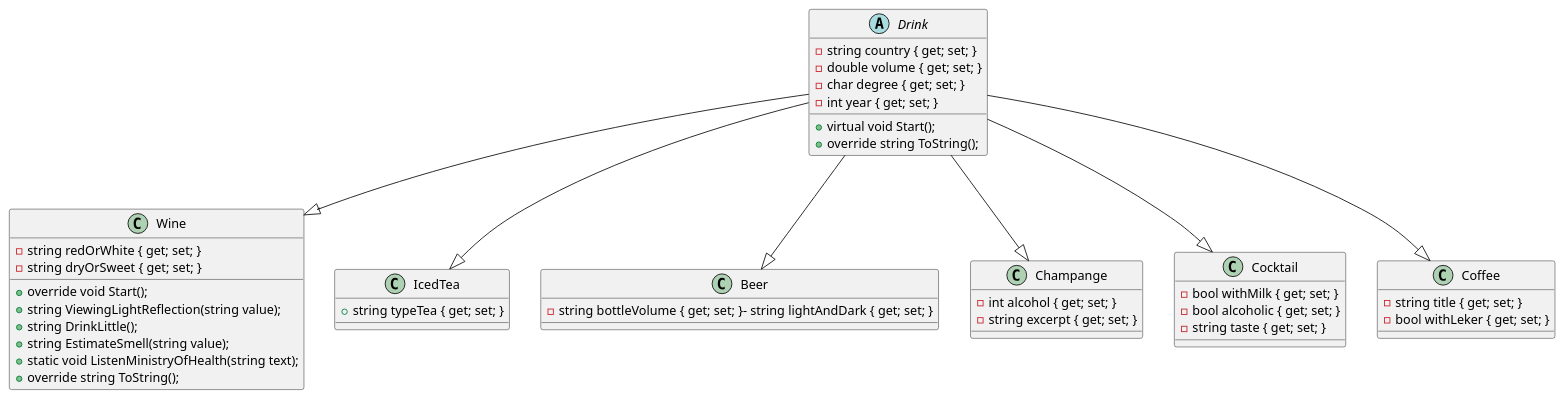
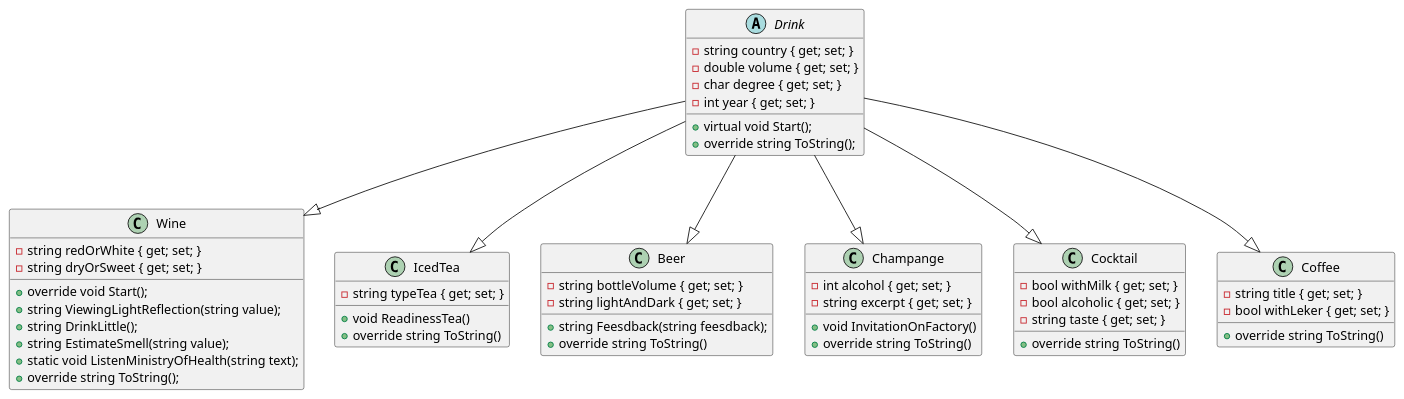
The diagram in zd1/plan_UML.puml (Neket27/C-sharb_voenmeh), drawn with PlantUML before and after one commit. The commit also changed 1 other file, not shown here.

```diff
--- a/zd1/plan_UML.puml
+++ b/zd1/plan_UML.puml
@@ -1,66 +1,78 @@
 @startuml
 
 abstract class Drink
 {
     - string country { get; set; }
     - double volume { get; set; }
     - char degree { get; set; }
     - int year { get; set; }
 
     + virtual void Start();
     + override string ToString();
 }
 
 class Wine 
 {
    - string redOrWhite { get; set; }
    - string dryOrSweet { get; set; }
    
     + override void Start();   
     + string ViewingLightReflection(string value);
     + string DrinkLittle();
     + string EstimateSmell(string value); 
     + static void ListenMinistryOfHealth(string text);
     + override string ToString();
 }
 
 class IcedTea
 {
-    + string typeTea { get; set; }
-
+    - string typeTea { get; set; }
+    
+    + void ReadinessTea()
+    +override string ToString()
 }
 
 class Beer
 {
-    - string bottleVolume { get; set; }- string lightAndDark { get; set; }
+    - string bottleVolume { get; set; }
+    - string lightAndDark { get; set; }
     
+    + string Feesdback(string feesdback);
+    + override string ToString()
 }
 
 
 class Champange
 {
     - int alcohol { get; set; }
     - string excerpt { get; set; }
+    
+    + void InvitationOnFactory()
+    + override string ToString()
 }
 
 class Cocktail
 {
     - bool withMilk { get; set; }
     - bool alcoholic { get; set; }
     - string taste { get; set; }
+    
+    + override string ToString()
 }
 
 class Coffee
 {
     - string title { get; set; }
     - bool withLeker { get; set; }
+    
+    + override string ToString()
 }
 
 Drink --|> Wine
 Drink --|> IcedTea
 Drink --|> Beer
 Drink --|> Champange
 Drink --|> Cocktail
 Drink --|> Coffee
 
 @enduml
```
